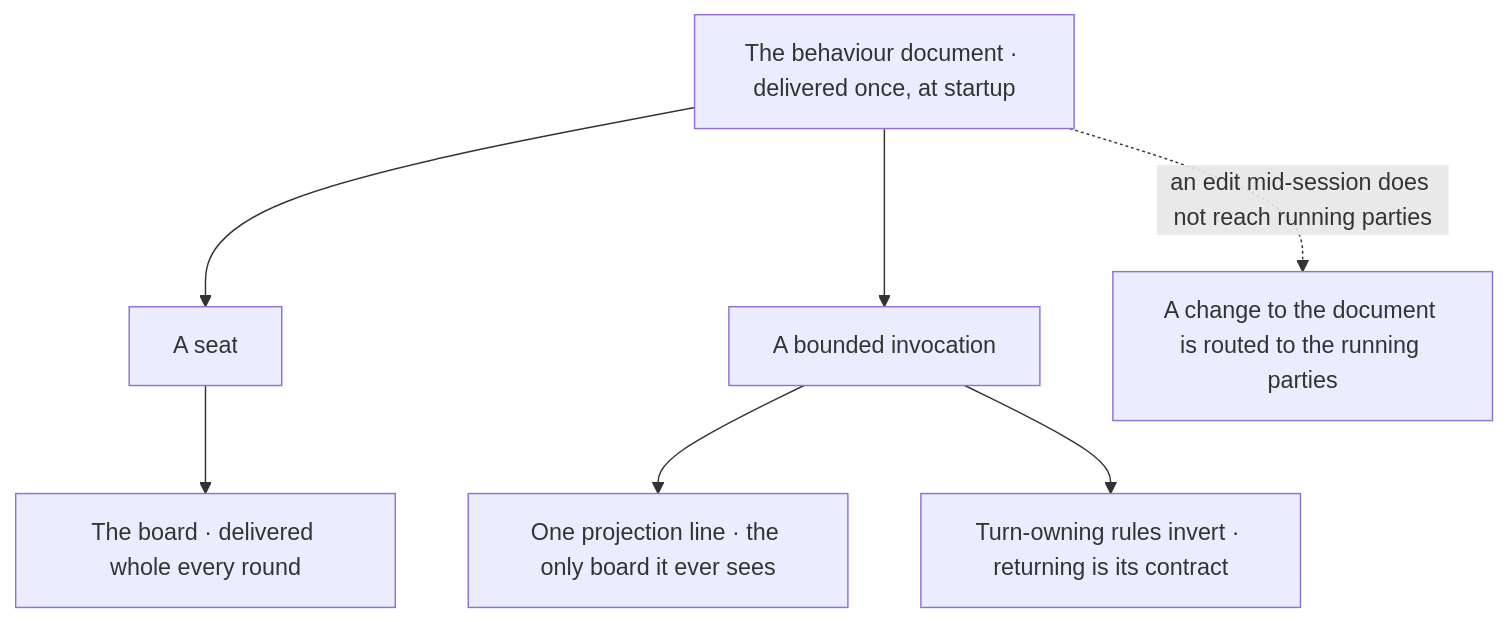
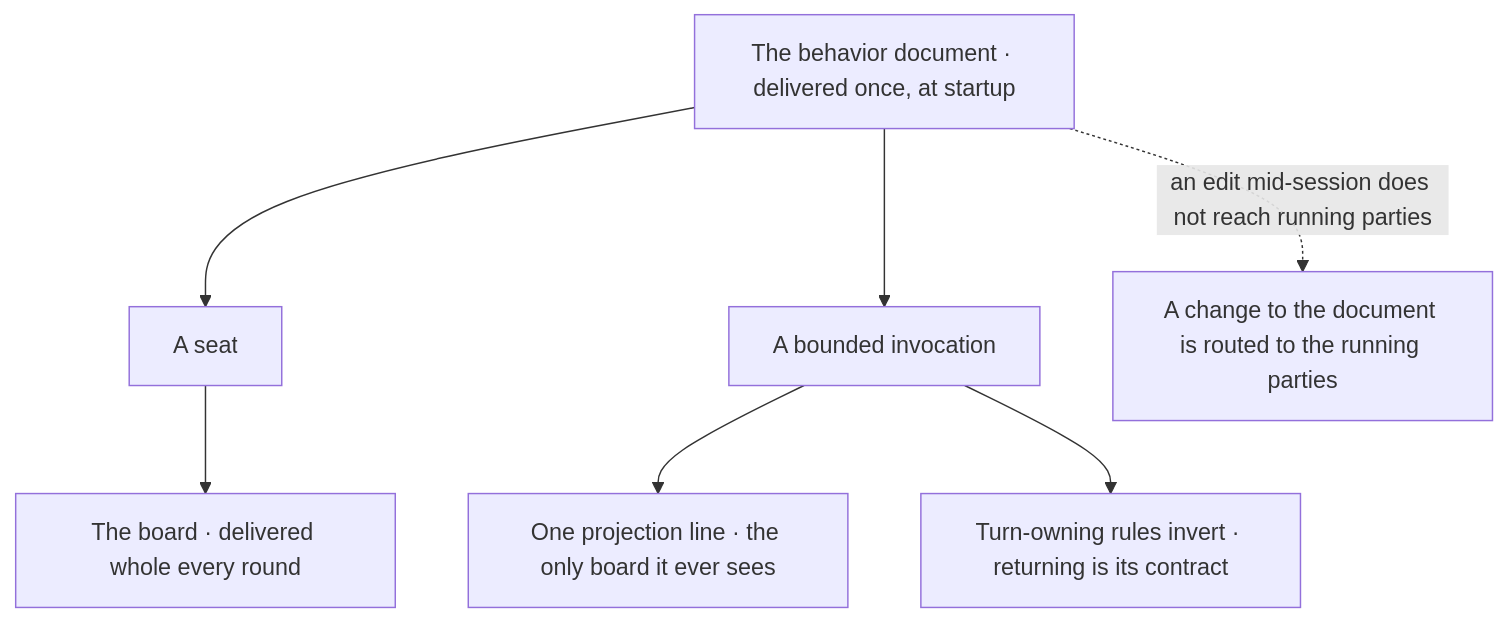
Before and after one commit to Varietyz/Disciplined-AI-Software-Development: diagram 13 of 15 in START.md, drawn with Mermaid. The commit also changed other lines of this file and 672 other files, not shown here.

````diff
--- a/START.md
+++ b/START.md
@@ -563,14 +563,14 @@
 ```mermaid
 flowchart TB
-doc["The behaviour document · delivered once, at startup"]
+doc["The behavior document · delivered once, at startup"]
 seat["A seat"]
 bounded["A bounded invocation"]
 board["The board · delivered whole every round"]
 line["One projection line · the only board it ever sees"]
 invert["Turn-owning rules invert · returning is its contract"]
 routed["A change to the document is routed to the running parties"]
 doc --> seat --> board
 doc --> bounded --> line
 bounded --> invert
 doc -. an edit mid-session does not reach running parties .-> routed
 ```
````
